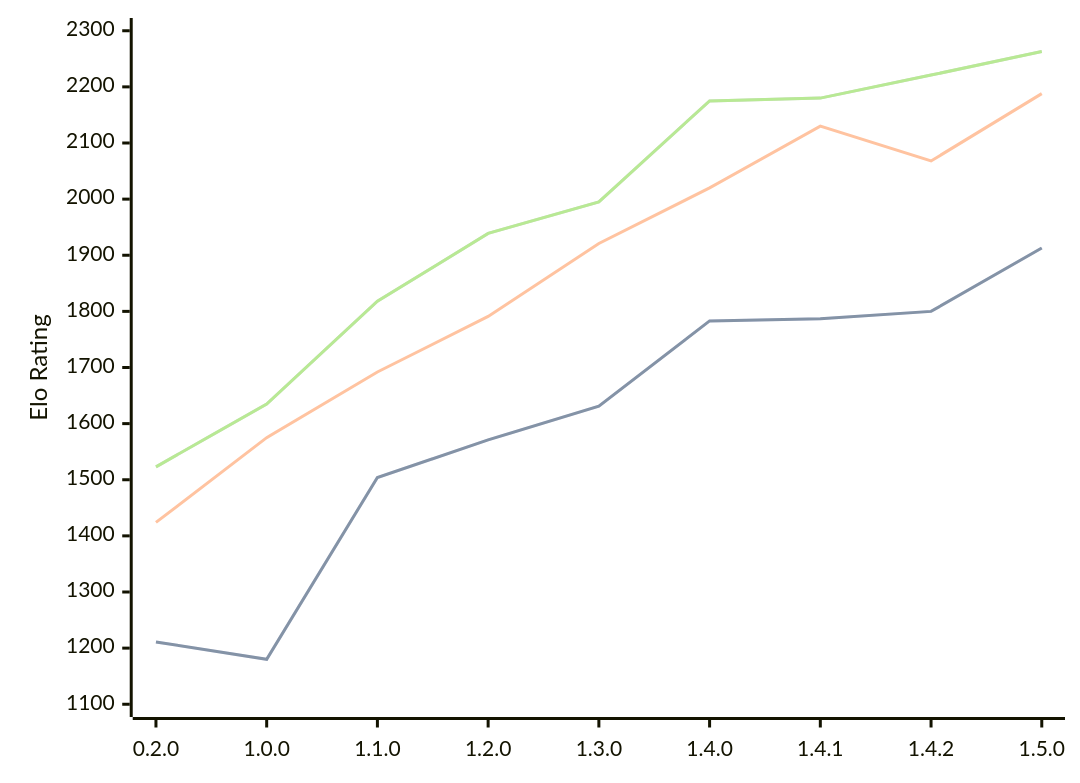
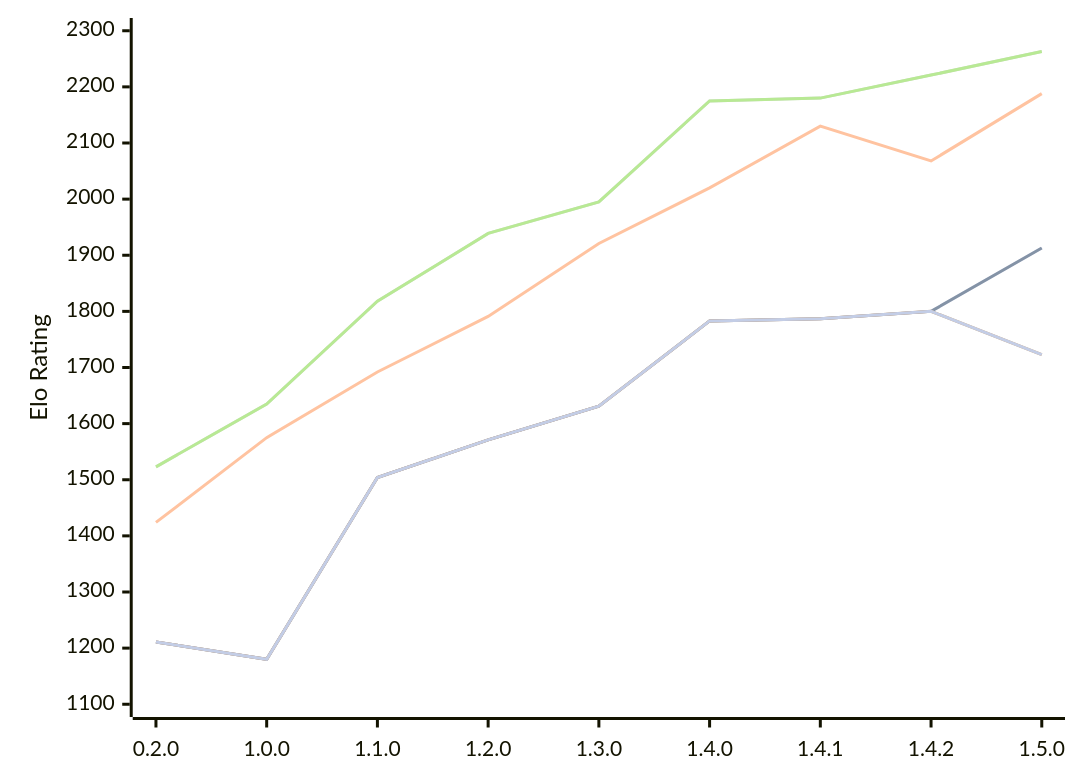
The diagram in engines/Zeppelin.md (computer-chess-index/cci), drawn with Mermaid before and after one commit. The commit also changed other lines of this file, not shown here.

Commit message:
Update CCI Ratings (ELO VLTC) - 2026-10-11

````diff
--- a/engines/Zeppelin.md
+++ b/engines/Zeppelin.md
@@ -55,16 +55,13 @@
 ```mermaid
 %%{init: {"theme":"base","themeVariables":{"seriesColors:['#a3a3a3','#222221','#faa371']}}}%%
 xychart-beta
   x-axis ["0.2.0", "1.0.0", "1.1.0", "1.2.0", "1.3.0", "1.4.0", "1.4.1", "1.4.2", "1.5.0"]
   y-axis "Elo Rating" 1100 --> 2300
   line "" [1211, 1180, 1504, 1571, 1631, 1783, 1787, 1800, 1913]
   line "T1: STC (8.0+0.08s)" [1211, 1180, 1504, 1571, 1631, 1783, 1787, 1800, 1913]
   line "T1: LTC (60.0+0.60s)" [1424, 1575, 1692, 1791, 1921, 2020, 2130, 2068, 2188]
   line "" [1523, 1635, 1818, 1939, 1995, 2175, 2180, 2221, 2263]
   line "T1: VLTC (2m24s+1.12s)" [1523, 1635, 1818, 1939, 1995, 2175, 2180, 2221, 2263]
-  line "" [1715]
-  line "E1: STC (8.0+0.08s)" [1715]
-  line "E1: LTC (60.0+0.60s)" [1918]
-  line "" [2086]
-  line "E1: VLTC (2m24s+1.12s)" [2086]
+  line "" [1211, 1180, 1504, 1571, 1631, 1783, 1787, 1800,1723]
+  line "E1: STC (8.0+0.08s)" [1211, 1180, 1504, 1571, 1631, 1783, 1787, 1800,1723]
 ```
````
